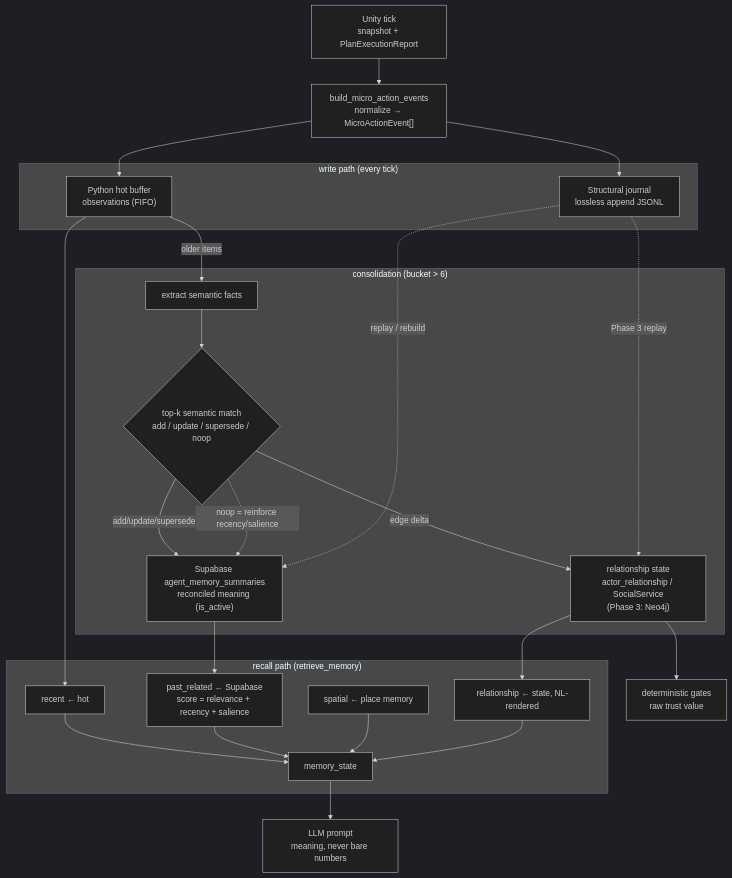
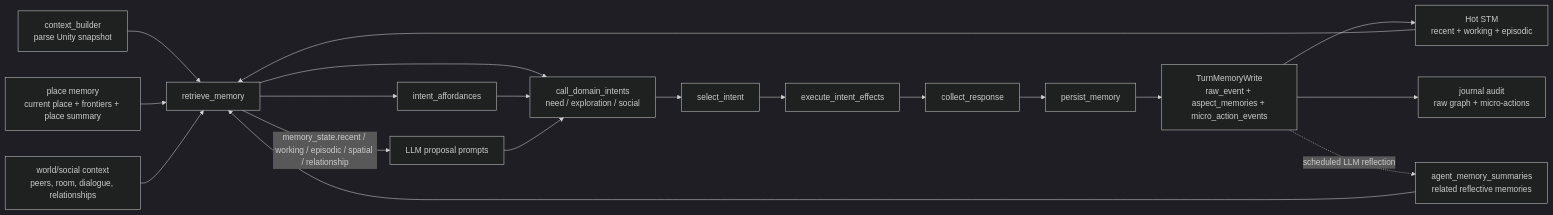
Before and after one commit to MewiLab/mewi: the second of 2 diagrams in docs/decisions/ADR-034-live-micro-action-memory-pipeline.md, drawn with Mermaid (dark theme). The commit also changed other lines of this file and 59 other files, not shown here.

````diff
--- a/docs/decisions/ADR-034-live-micro-action-memory-pipeline.md
+++ b/docs/decisions/ADR-034-live-micro-action-memory-pipeline.md
@@ -63,44 +83,31 @@
 ```mermaid
-flowchart TD
-    Unity["Unity tick<br/>snapshot + PlanExecutionReport"]
-    Norm["build_micro_action_events<br/>normalize → MicroActionEvent[]"]
+flowchart LR
+    A["context_builder<br/>parse Unity snapshot"] --> B["retrieve_memory"]
+    B --> C["call_domain_intents<br/>need / exploration / social"]
+    C --> D["select_intent"]
+    D --> E["execute_intent_effects"]
+    E --> F["collect_response"]
+    F --> G["persist_memory"]
 
-    subgraph Write["write path (every tick)"]
-        Hot["Python hot buffer<br/>observations (FIFO)"]
-        Journal["Structural journal<br/>lossless append JSONL"]
-    end
+    Hot["Hot STM<br/>recent + working + episodic"]
+    Long["agent_memory_summaries<br/>related reflective memories"]
+    Place["place memory<br/>current place + frontiers + place summary"]
+    Rel["world/social context<br/>peers, room, dialogue, relationships"]
+    Aff["intent_affordances"]
+    Prompt["LLM proposal prompts"]
+    Write["TurnMemoryWrite<br/>raw_event + aspect_memories + micro_action_events"]
+    Journal["journal audit<br/>raw graph + micro-actions"]
 
-    subgraph Consolidate["consolidation (bucket &gt; 6)"]
-        Extract["extract semantic facts"]
-        Reconcile{"top-k semantic match<br/>add / update / supersede / noop"}
-        Supa["Supabase agent_memory_summaries<br/>reconciled meaning (is_active)"]
-        Rel["relationship state<br/>actor_relationship / SocialService<br/>(Phase 3: Neo4j)"]
-    end
-
-    subgraph Recall["recall path (retrieve_memory)"]
-        R1["recent ← hot"]
-        R2["past_related ← Supabase<br/>score = relevance + recency + salience"]
-        R3["spatial ← place memory"]
-        R4["relationship ← state, NL-rendered"]
-        MS["memory_state"]
-    end
-
-    LLM["LLM prompt<br/>meaning, never bare numbers"]
-    Gates["deterministic gates<br/>raw trust value"]
-
-    Unity --> Norm --> Hot
-    Norm --> Journal
-    Hot -->|older items| Extract --> Reconcile
-    Reconcile -->|add/update/supersede| Supa
-    Reconcile -->|edge delta| Rel
-    Reconcile -. noop = reinforce recency/salience .-> Supa
-    Journal -. replay / rebuild .-> Supa
-    Journal -. Phase 3 replay .-> Rel
-
-    Hot --> R1 --> MS
-    Supa --> R2 --> MS
-    R3 --> MS
-    Rel --> R4 --> MS
-    Rel --> Gates
-    MS --> LLM
+    Hot --> B
+    Long --> B
+    Place --> B
+    Rel --> B
+    B -->|"memory_state.recent / working / episodic / spatial / relationship"| Prompt
+    B --> Aff
+    Aff --> C
+    Prompt --> C
+    G --> Write
+    Write --> Hot
+    Write --> Journal
+    Write -. "scheduled LLM reflection" .-> Long
 ```
````
